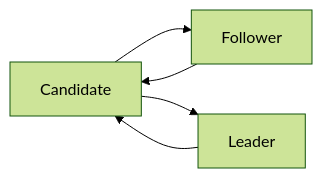
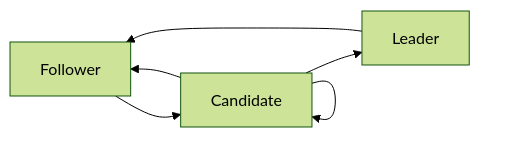
Before and after one commit to microsoft/CCF: the second of 2 diagrams in doc/overview/consensus/index.rst, drawn with Mermaid (forest theme).

Commit message:
Fix leadership diagram

```diff
--- a/doc/overview/consensus/index.rst
+++ b/doc/overview/consensus/index.rst
@@ -59,7 +59,8 @@
 .. mermaid::
 
-    graph LR;        
+    graph LR;                        
+        Follower-->Candidate;
         Candidate-->Follower;
         Candidate-->Leader;
-        Leader-->Candidate;
-        Follower-->Candidate;        
+        Candidate-->Candidate;
+        Leader-->Follower;
```
